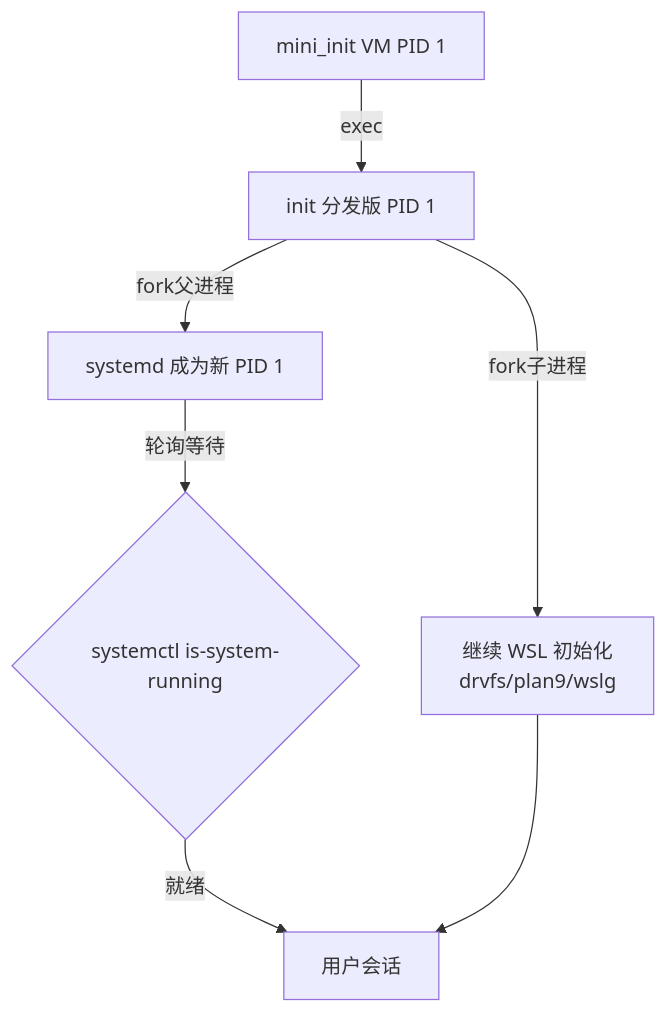
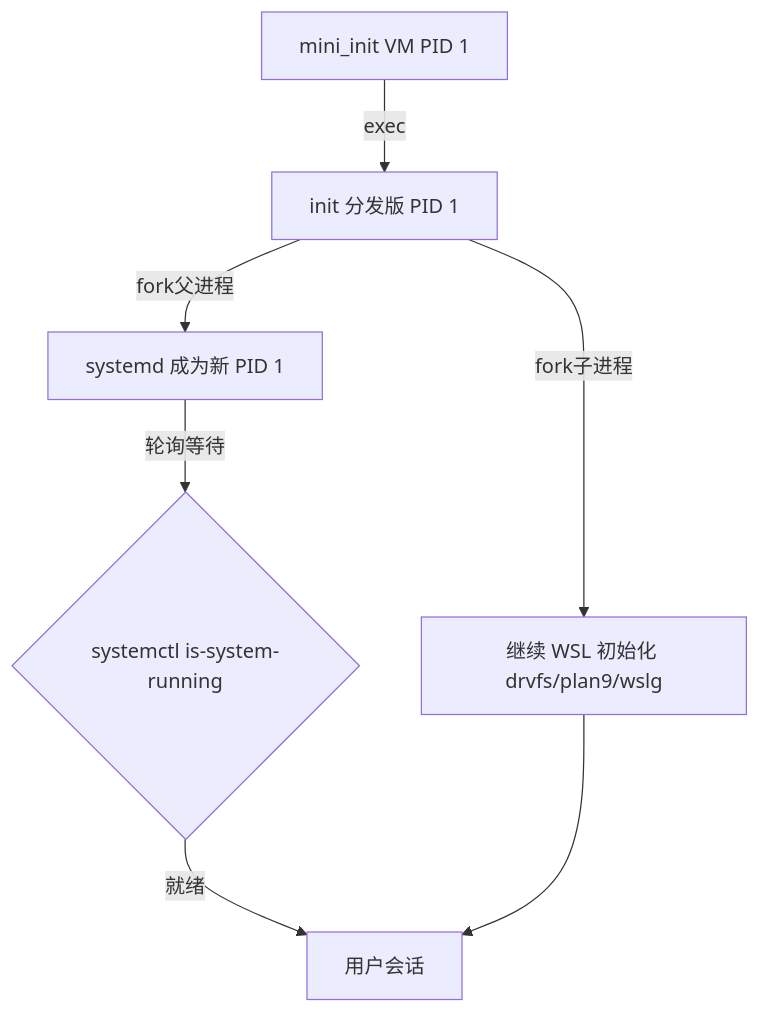
Before and after one commit to xinetzone/SpecWeave: the third of 3 diagrams in .agents/docs/knowledge/learning/08-systems-infrastructure/wsl-wiki/07-network-config-systemd.md, drawn with Mermaid. The commit also changed other lines of this file and 4 other files, not shown here.

Commit message:
fix(diagrams): 修复Mermaid图表VS Code预览渲染失败——移除br标签、带圈数字、特殊符号，统一节点引号格式[prevent: mermaid-syntax-check]

````diff
--- a/.agents/docs/knowledge/learning/08-systems-infrastructure/wsl-wiki/07-network-config-systemd.md
+++ b/.agents/docs/knowledge/learning/08-systems-infrastructure/wsl-wiki/07-network-config-systemd.md
@@ -274,9 +274,9 @@
 ```mermaid
 flowchart TD
     A["mini_init VM PID 1"] -->|exec| B["init 分发版 PID 1"]
     B -->|fork父进程| C["systemd 成为新 PID 1"]
-    B -->|fork子进程| D["继续 WSL 初始化<br/>drvfs/plan9/wslg"]
+    B -->|fork子进程| D["继续 WSL 初始化 drvfs/plan9/wslg"]
     C -->|轮询等待| E{"systemctl is-system-running"}
     E -->|就绪| F["用户会话"]
     D --> F
 ```
````
